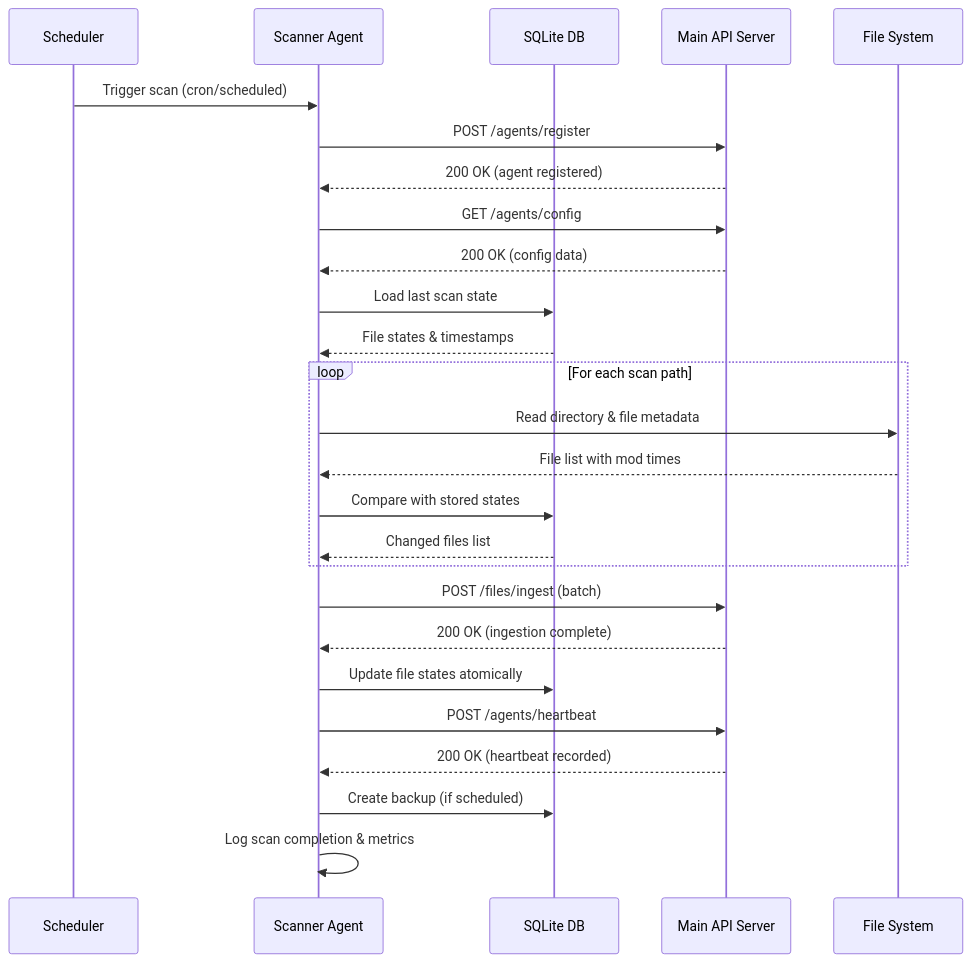
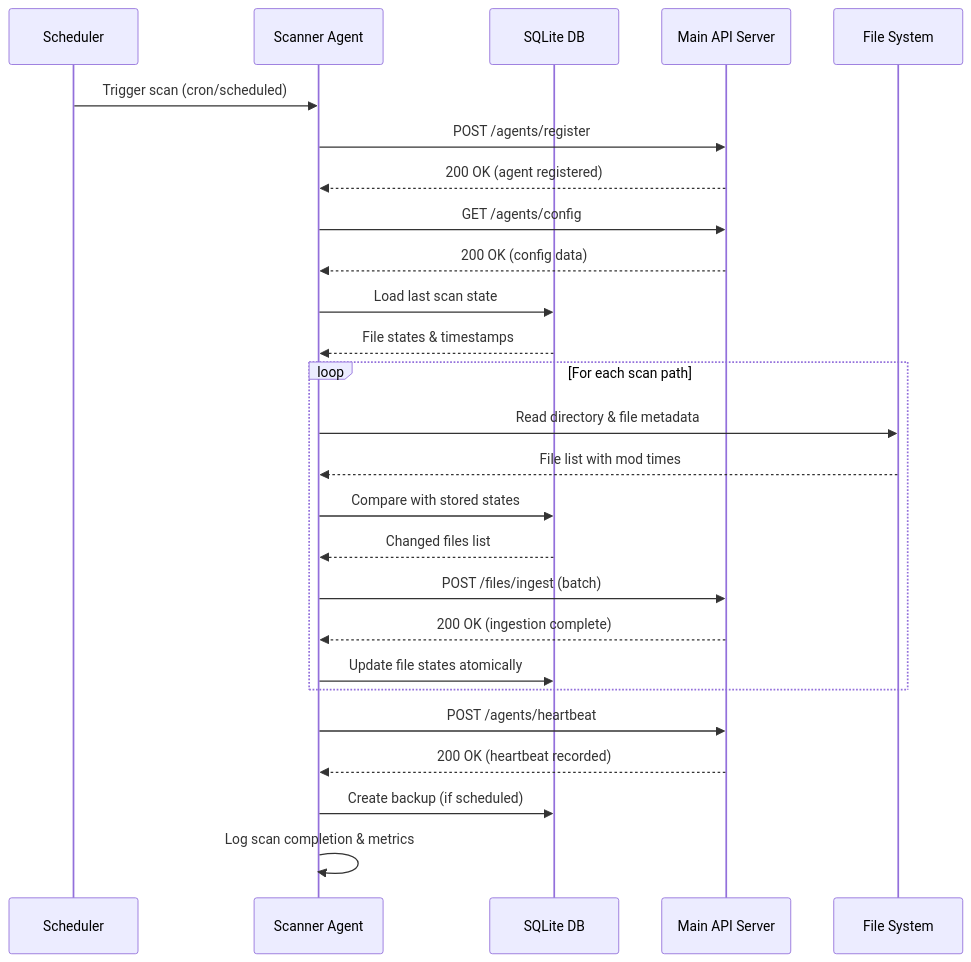
The second of 3 diagrams in docs/HLD-Go-File-Scanner.md (Yedidyar/file-search), drawn with Mermaid before and after one commit.

Commit message:
Refactor HLD for Go File Scanner Agent to remove redundant file ingestion steps, streamlining the document and enhancing clarity in the data flow process.

````diff
--- a/docs/HLD-Go-File-Scanner.md
+++ b/docs/HLD-Go-File-Scanner.md
@@ -177,34 +177,34 @@
 ```mermaid
 sequenceDiagram
     participant S as Scheduler
     participant A as Scanner Agent
     participant DB as SQLite DB
     participant API as Main API Server
     participant FS as File System
 
     S->>A: Trigger scan (cron/scheduled)
     A->>API: POST /agents/register
     API-->>A: 200 OK (agent registered)
     A->>API: GET /agents/config
     API-->>A: 200 OK (config data)
 
     A->>DB: Load last scan state
     DB-->>A: File states & timestamps
 
     loop For each scan path
         A->>FS: Read directory & file metadata
         FS-->>A: File list with mod times
         A->>DB: Compare with stored states
         DB-->>A: Changed files list
+        A->>API: POST /files/ingest (batch)
+        API-->>A: 200 OK (ingestion complete)
+        A->>DB: Update file states atomically
     end
 
-    A->>API: POST /files/ingest (batch)
-    API-->>A: 200 OK (ingestion complete)
-    A->>DB: Update file states atomically
 
     A->>API: POST /agents/heartbeat
     API-->>A: 200 OK (heartbeat recorded)
 
     A->>DB: Create backup (if scheduled)
     A->>A: Log scan completion & metrics
 ```
````
